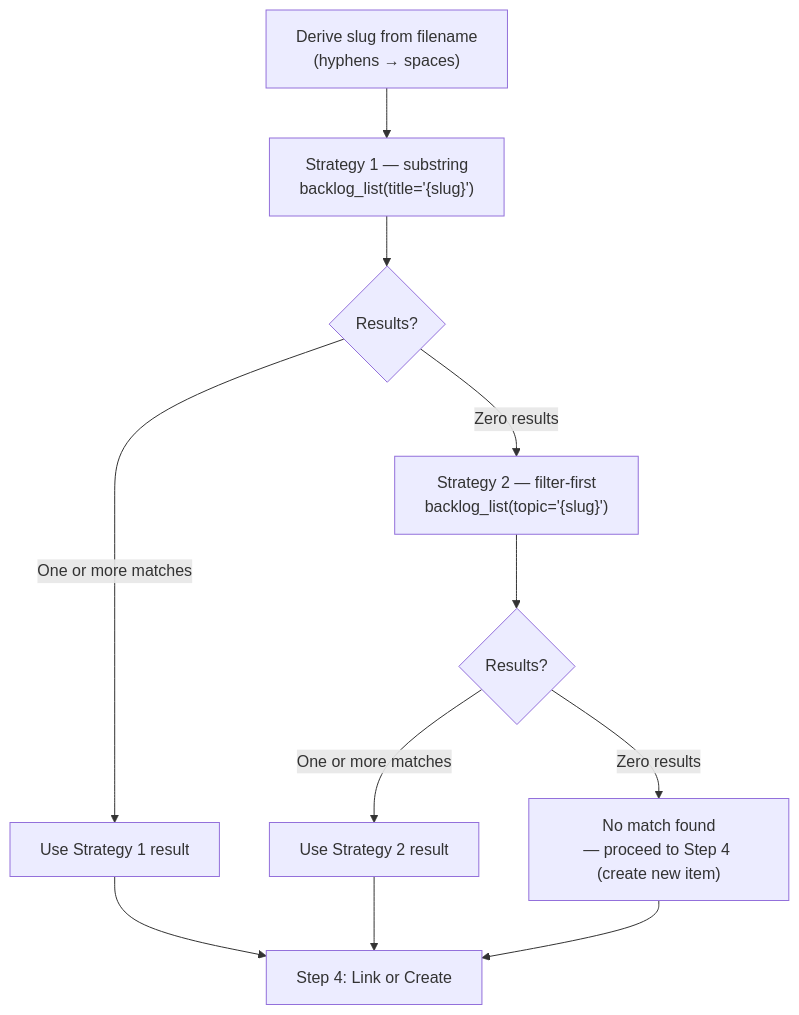
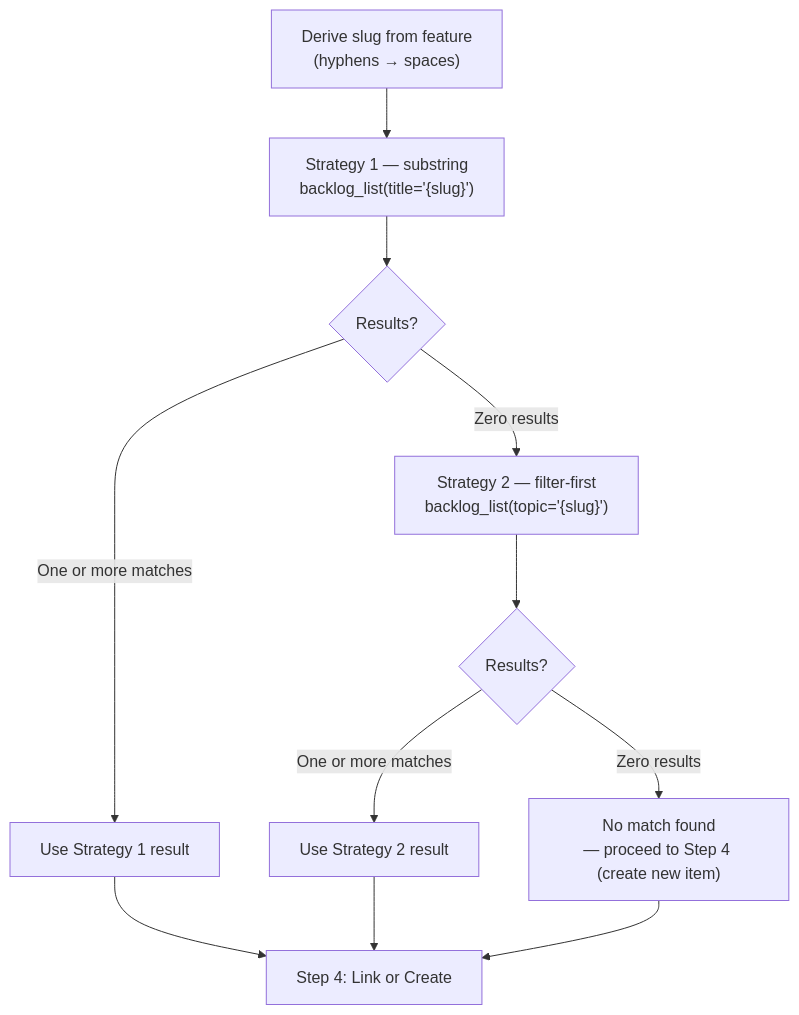
Before and after one commit to Jamie-BitFlight/claude_skills: the first of 2 diagrams in plugins/development-harness/skills/complete-implementation/references/recursive-follow-up-handling.md, drawn with Mermaid. The commit also changed other lines of this file and 41 other files, not shown here.

````diff
--- a/plugins/development-harness/skills/complete-implementation/references/recursive-follow-up-handling.md
+++ b/plugins/development-harness/skills/complete-implementation/references/recursive-follow-up-handling.md
@@ -23,13 +25,13 @@
 ```mermaid
 flowchart TD
-    Derive["Derive slug from filename<br>(hyphens → spaces)"] --> S1["Strategy 1 — substring<br>backlog_list(title='{slug}')"]
+    Derive["Derive slug from feature<br>(hyphens → spaces)"] --> S1["Strategy 1 — substring<br>backlog_list(title='{slug}')"]
     S1 --> R1{Results?}
     R1 -->|"One or more matches"| UseS1["Use Strategy 1 result"]
     R1 -->|"Zero results"| S2["Strategy 2 — filter-first<br>backlog_list(topic='{slug}')"]
     S2 --> R2{Results?}
     R2 -->|"One or more matches"| UseS2["Use Strategy 2 result"]
     R2 -->|"Zero results"| NoMatch["No match found<br>— proceed to Step 4 (create new item)"]
     UseS1 --> Step4["Step 4: Link or Create"]
     UseS2 --> Step4
     NoMatch --> Step4
 ```
````
